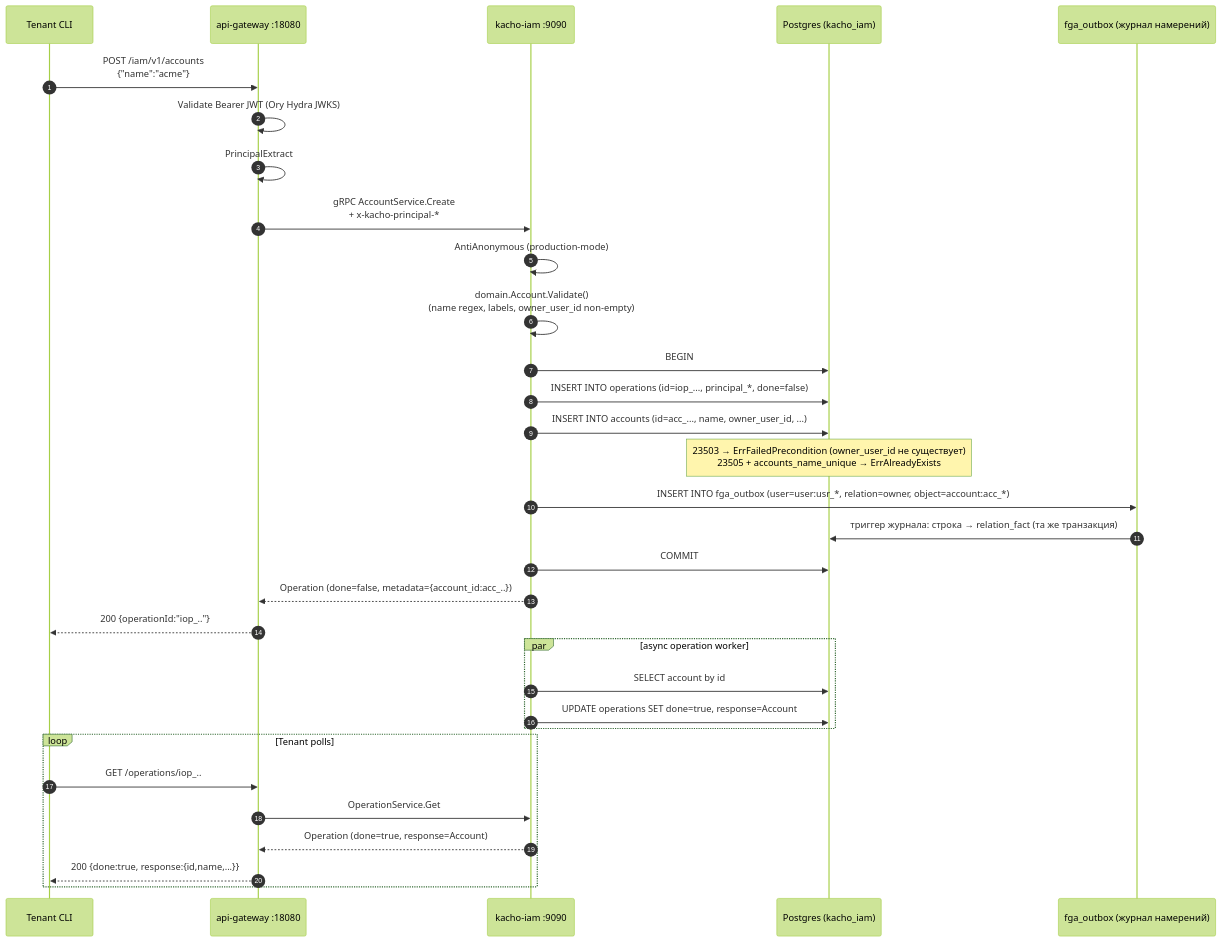
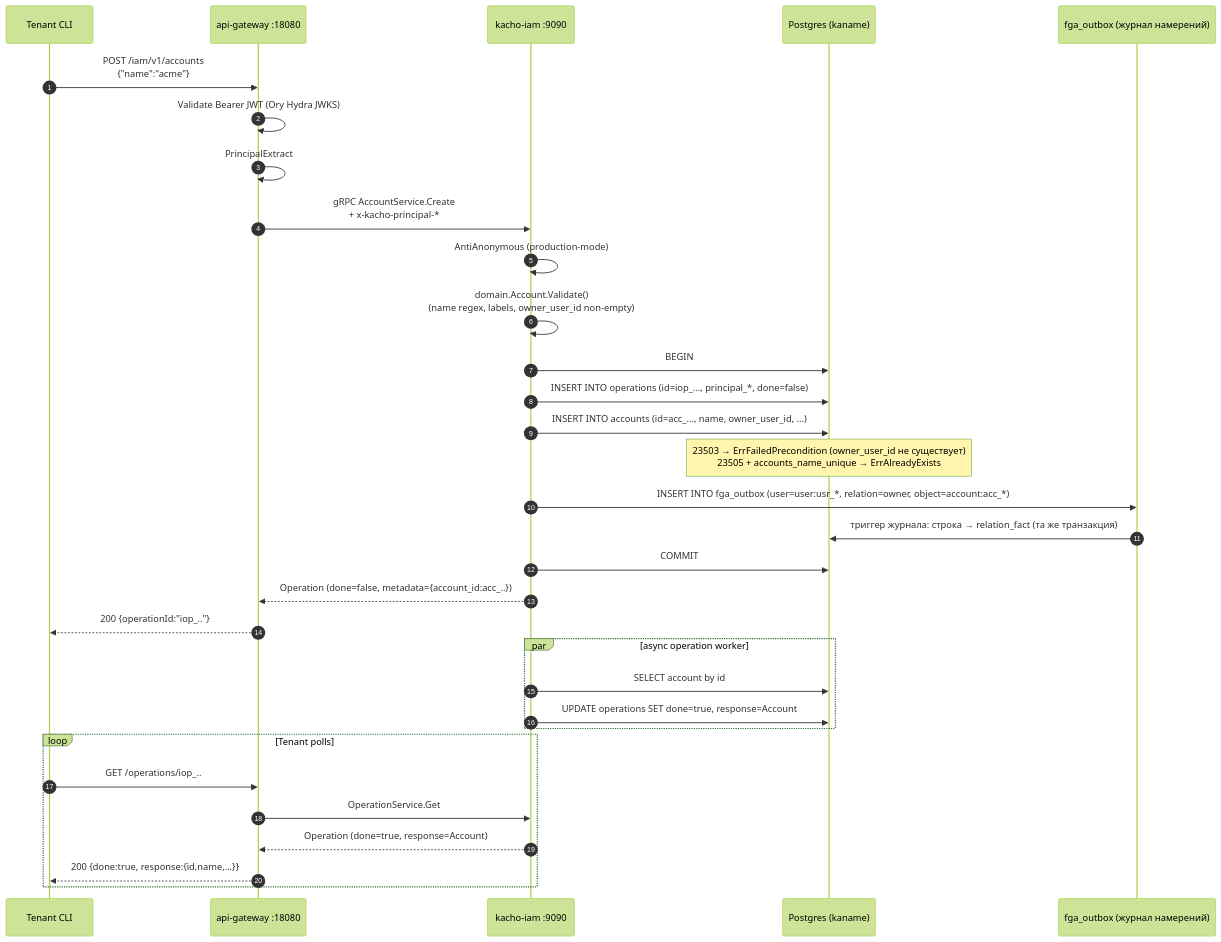
One commit to PRO-Robotech/kacho changed the diagram in services/iam/docs/engineering/components/01-account.md. Above: the diagram before and after it, drawn with Mermaid (forest theme). The commit also changed other lines of this file and 700 other files, not shown here.

First line of the commit message:
refactor(iam): схема Postgres названа именем своего продукта

````diff
--- a/services/iam/docs/engineering/components/01-account.md
+++ b/services/iam/docs/engineering/components/01-account.md
@@ -67,37 +67,37 @@
 ```mermaid
 sequenceDiagram
     autonumber
     participant Cli as Tenant CLI
     participant GW as api-gateway :18080
     participant IAM as kacho-iam :9090
-    participant DB as Postgres (kacho_iam)
+    participant DB as Postgres (kaname)
     participant Out as fga_outbox (журнал намерений)
 
     Cli->>GW: POST /iam/v1/accounts<br/>{"name":"acme"}
     GW->>GW: Validate Bearer JWT (Ory Hydra JWKS)
     GW->>GW: PrincipalExtract
     GW->>IAM: gRPC AccountService.Create<br/>+ x-kacho-principal-*
     IAM->>IAM: AntiAnonymous (production-mode)
     IAM->>IAM: domain.Account.Validate()<br/>(name regex, labels, owner_user_id non-empty)
     IAM->>DB: BEGIN
     IAM->>DB: INSERT INTO operations (id=iop_..., principal_*, done=false)
     IAM->>DB: INSERT INTO accounts (id=acc_..., name, owner_user_id, ...)
     Note over DB: 23503 → ErrFailedPrecondition (owner_user_id не существует)<br/>23505 + accounts_name_unique → ErrAlreadyExists
     IAM->>Out: INSERT INTO fga_outbox (user=user:usr_*, relation=owner, object=account:acc_*)
     Out->>DB: триггер журнала: строка → relation_fact (та же транзакция)
     IAM->>DB: COMMIT
     IAM-->>GW: Operation (done=false, metadata={account_id:acc_..})
     GW-->>Cli: 200 {operationId:"iop_.."}
 
     par async operation worker
         IAM->>DB: SELECT account by id
         IAM->>DB: UPDATE operations SET done=true, response=Account
     end
 
     loop Tenant polls
         Cli->>GW: GET /operations/iop_..
         GW->>IAM: OperationService.Get
         IAM-->>GW: Operation (done=true, response=Account)
         GW-->>Cli: 200 {done:true, response:{id,name,...}}
     end
 ```
````
